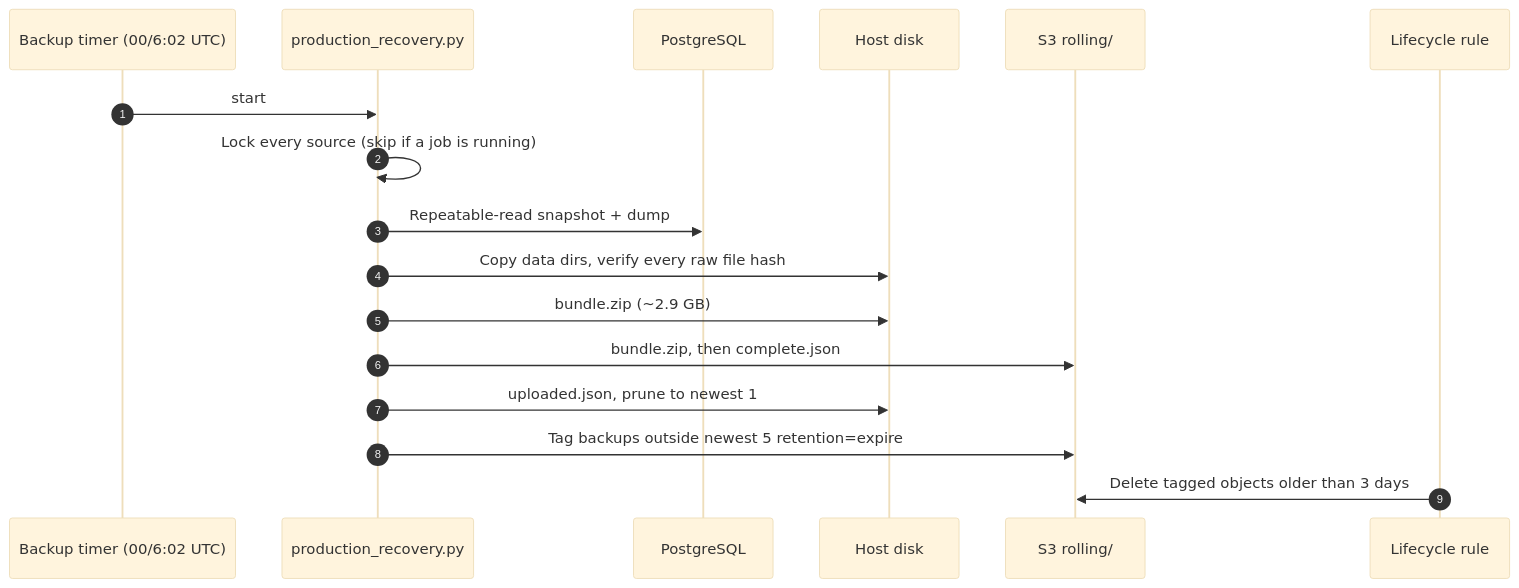
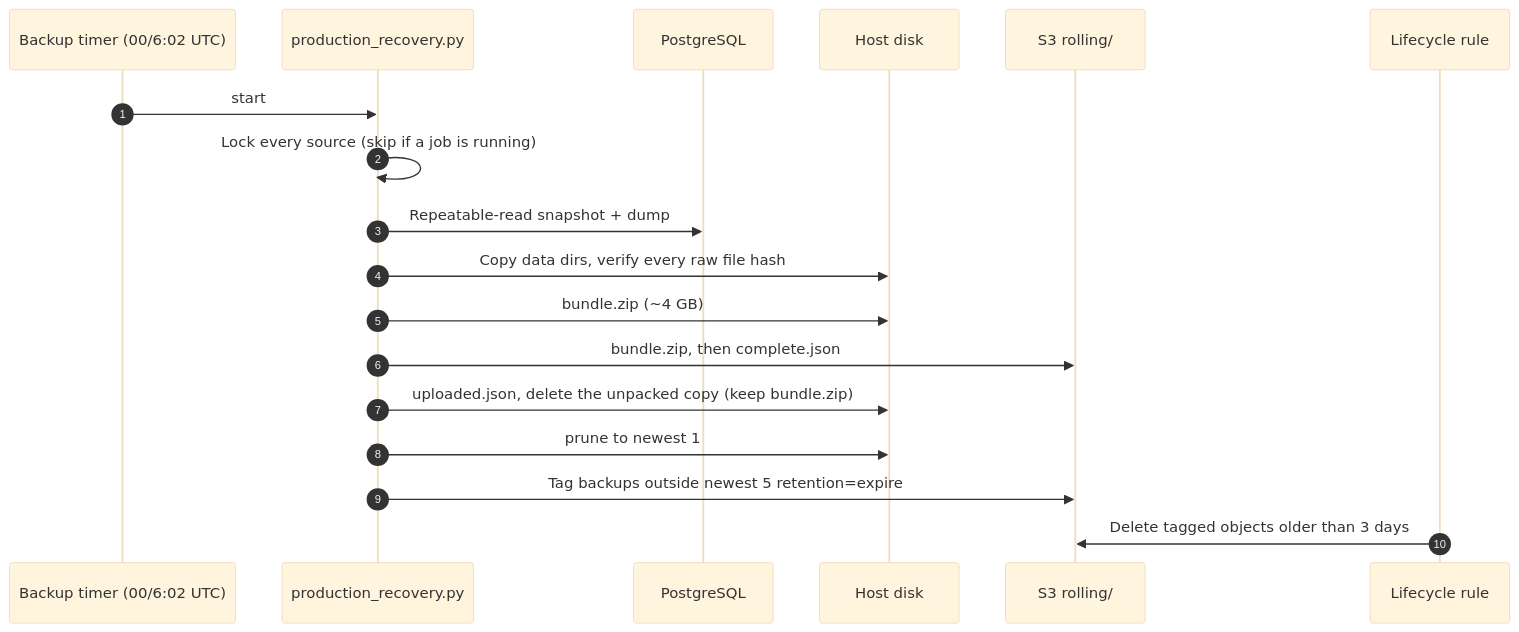
The fourth of 4 diagrams in docs/architecture/aws-infrastructure.md (Naman4561/us-election-results-pipeline), drawn with Mermaid (base theme) before and after one commit. The commit also changed 4 other files, not shown here.

````diff
--- a/docs/architecture/aws-infrastructure.md
+++ b/docs/architecture/aws-infrastructure.md
@@ -93,20 +93,21 @@
 ```mermaid
 sequenceDiagram
     autonumber
     participant T as Backup timer (00/6:02 UTC)
     participant B as production_recovery.py
     participant PG as PostgreSQL
     participant D as Host disk
     participant S3 as S3 rolling/
     participant LC as Lifecycle rule
 
     T->>B: start
     B->>B: Lock every source (skip if a job is running)
     B->>PG: Repeatable-read snapshot + dump
     B->>D: Copy data dirs, verify every raw file hash
-    B->>D: bundle.zip (~2.9 GB)
+    B->>D: bundle.zip (~4 GB)
     B->>S3: bundle.zip, then complete.json
-    B->>D: uploaded.json, prune to newest 1
+    B->>D: uploaded.json, delete the unpacked copy (keep bundle.zip)
+    B->>D: prune to newest 1
     B->>S3: Tag backups outside newest 5 retention=expire
     LC->>S3: Delete tagged objects older than 3 days
 ```
````
